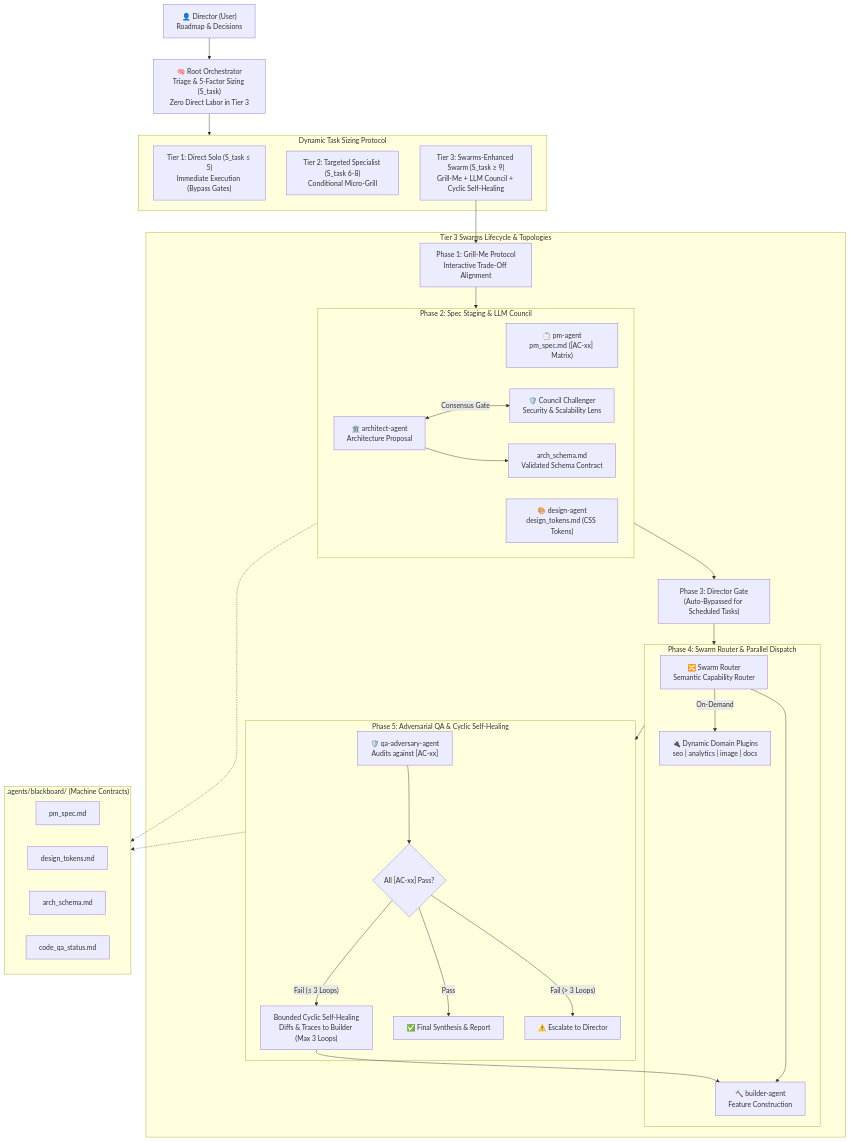
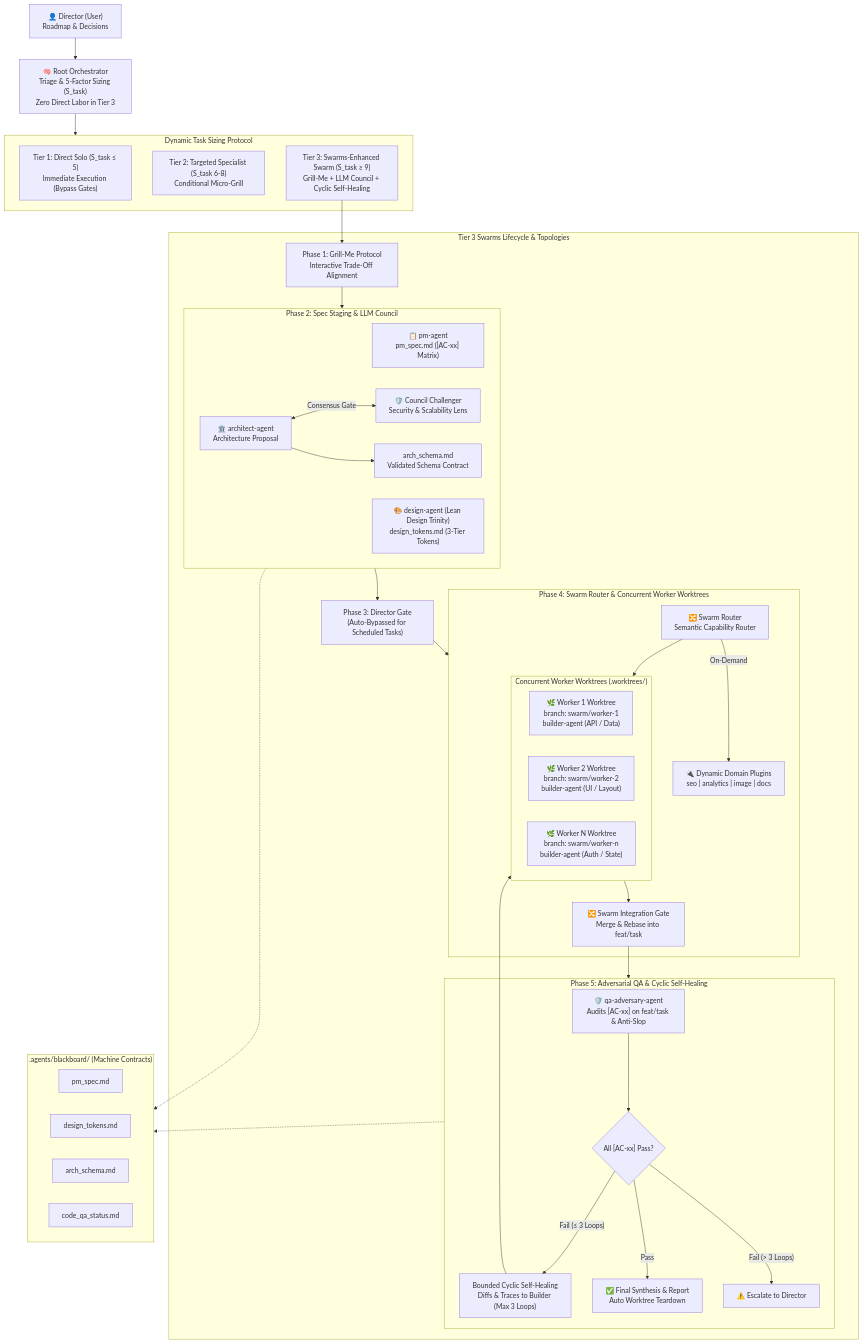
One commit to Way-Neh/Wayne-Custom-Orchestra changed the diagram in README.md. Above: the diagram before and after it, drawn with Mermaid. The commit also changed other lines of this file and 77 other files, not shown here.

Commit message:
feat: upgrade orchestrator to Wayne Custom 2.0 2026-10-16 with modular roster, token telemetry, concurrent worktrees, and Lean Design Trinity

````diff
--- a/README.md
+++ b/README.md
@@ -17,60 +18,69 @@
 ```mermaid
 flowchart TD
     Director["👤 Director (User)<br/>Roadmap & Decisions"] 
     --> Orch["🧠 Root Orchestrator<br/>Triage & 5-Factor Sizing (S_task)<br/>Zero Direct Labor in Tier 3"]
 
     subgraph Sizing ["Dynamic Task Sizing Protocol"]
         Tier1["Tier 1: Direct Solo (S_task &le; 5)<br/>Immediate Execution (Bypass Gates)"]
         Tier2["Tier 2: Targeted Specialist (S_task 6-8)<br/>Conditional Micro-Grill"]
         Tier3["Tier 3: Swarms-Enhanced Swarm (S_task &ge; 9)<br/>Grill-Me + LLM Council + Cyclic Self-Healing"]
     end
     Orch --> Sizing
 
     subgraph Lifecycle ["Tier 3 Swarms Lifecycle & Topologies"]
         P1["Phase 1: Grill-Me Protocol<br/>Interactive Trade-Off Alignment"]
         
         subgraph Council ["Phase 2: Spec Staging & LLM Council"]
             PM_Spec["📋 pm-agent<br/>pm_spec.md ([AC-xx] Matrix)"]
-            Design_Spec["🎨 design-agent<br/>design_tokens.md (CSS Tokens)"]
+            Design_Spec["🎨 design-agent (Lean Design Trinity)<br/>design_tokens.md (3-Tier Tokens)"]
             Arch_Prop["🏛️ architect-agent<br/>Architecture Proposal"]
             Challenger["🛡️ Council Challenger<br/>Security & Scalability Lens"]
             Arch_Prop <-->|"Consensus Gate"| Challenger
             Arch_Prop --> Arch_Spec["arch_schema.md<br/>Validated Schema Contract"]
         end
         
         P3["Phase 3: Director Gate<br/>(Auto-Bypassed for Scheduled Tasks)"]
         
-        subgraph Execution ["Phase 4: Swarm Router & Parallel Dispatch"]
+        subgraph Execution ["Phase 4: Swarm Router & Concurrent Worker Worktrees"]
             Router["🔀 Swarm Router<br/>Semantic Capability Router"]
-            Builder["🔨 builder-agent<br/>Feature Construction"]
+            
+            subgraph Worktrees ["Concurrent Worker Worktrees (.worktrees/)"]
+                W1["🌿 Worker 1 Worktree<br/>branch: swarm/worker-1<br/>builder-agent (API / Data)"]
+                W2["🌿 Worker 2 Worktree<br/>branch: swarm/worker-2<br/>builder-agent (UI / Layout)"]
+                WN["🌿 Worker N Worktree<br/>branch: swarm/worker-n<br/>builder-agent (Auth / State)"]
+            end
+
             Plugins["🔌 Dynamic Domain Plugins<br/>seo | analytics | image | docs"]
-            Router --> Builder
+            Gate["🔀 Swarm Integration Gate<br/>Merge & Rebase into feat/task"]
+
+            Router --> Worktrees
             Router -->|"On-Demand"| Plugins
+            Worktrees --> Gate
         end
         
         subgraph Verification ["Phase 5: Adversarial QA & Cyclic Self-Healing"]
-            QA["🛡️ qa-adversary-agent<br/>Audits against [AC-xx]"]
+            QA["🛡️ qa-adversary-agent<br/>Audits [AC-xx] on feat/task & Anti-Slop"]
             Heal{"All [AC-xx] Pass?"}
             Loop["Bounded Cyclic Self-Healing<br/>Diffs & Traces to Builder (Max 3 Loops)"]
             QA --> Heal
-            Heal -- "Fail (&le; 3 Loops)" --> Loop --> Builder
-            Heal -- "Pass" --> Synthesis["✅ Final Synthesis & Report"]
+            Heal -- "Fail (&le; 3 Loops)" --> Loop --> Worktrees
+            Heal -- "Pass" --> Synthesis["✅ Final Synthesis & Report<br/>Auto Worktree Teardown"]
             Heal -- "Fail (> 3 Loops)" --> Escalate["⚠️ Escalate to Director"]
         end
     end
 
     Tier3 --> P1
     P1 --> Council
     Council --> P3
     P3 --> Execution
-    Execution --> Verification
+    Gate --> Verification
 
     subgraph Blackboard [".agents/blackboard/ (Machine Contracts)"]
         BB_PM["pm_spec.md"]
         BB_Design["design_tokens.md"]
         BB_Arch["arch_schema.md"]
         BB_QA["code_qa_status.md"]
     end
     Council -.-> Blackboard
     Verification -.-> Blackboard
 ```
````
